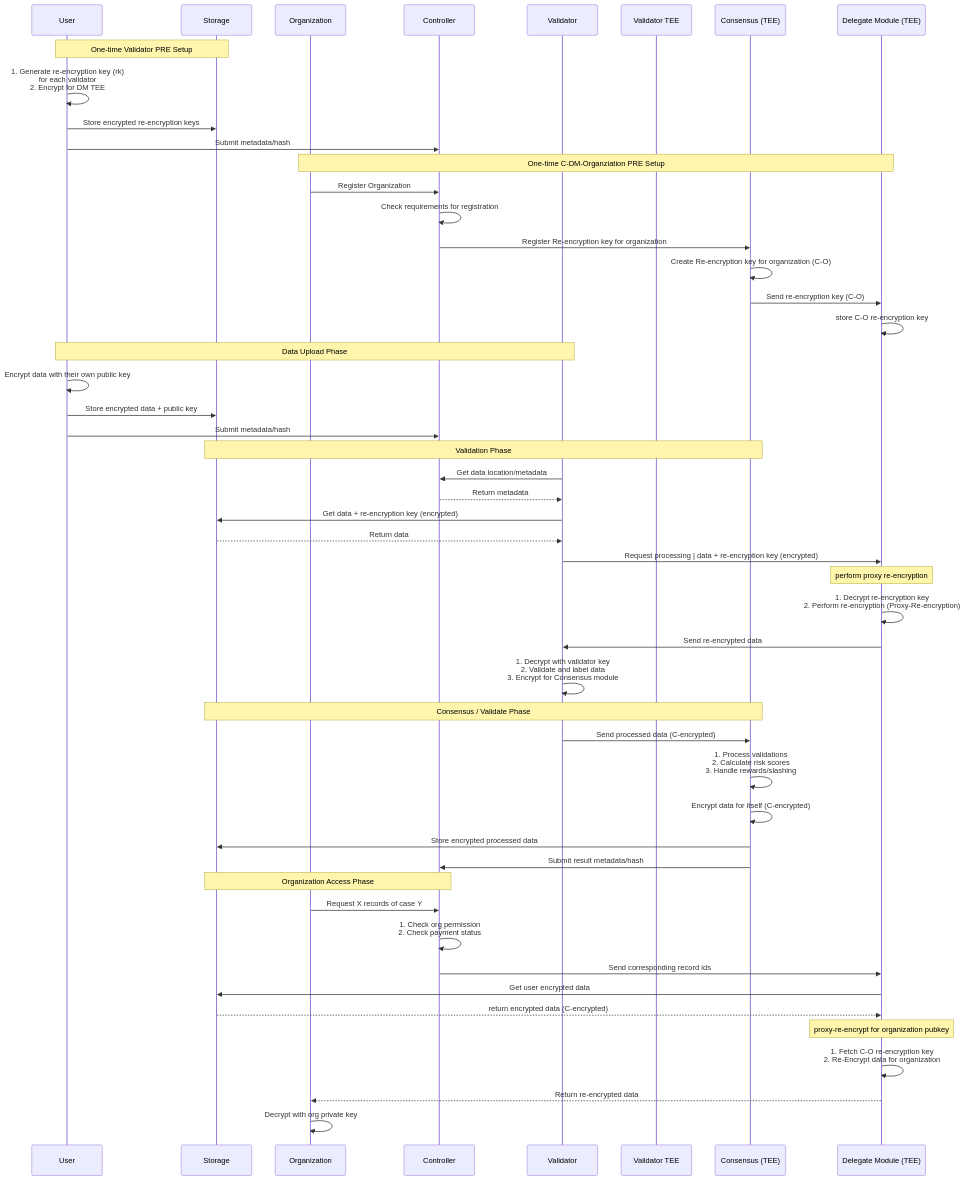
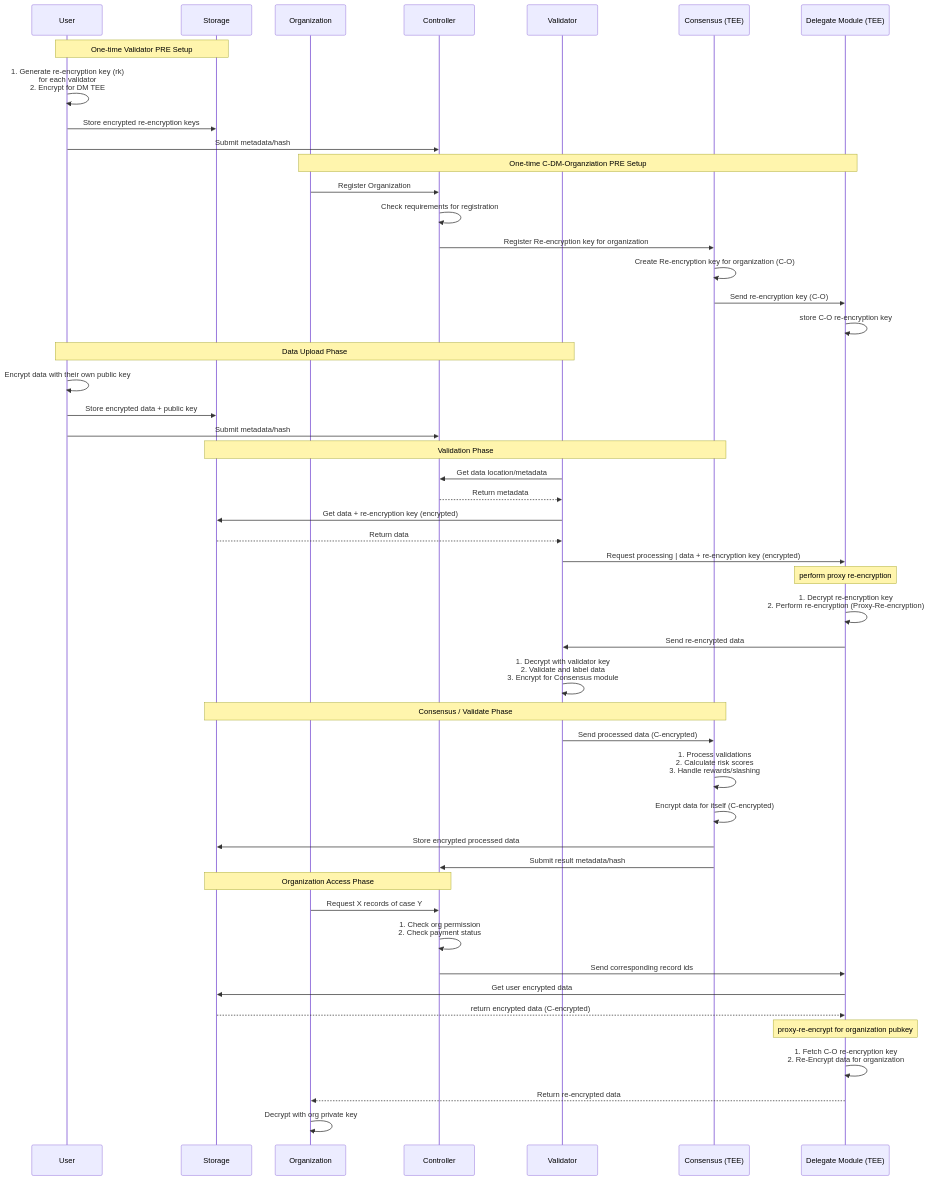
The diagram in docs/flow/system-flow.md (kien-genetica/secure-genom), drawn with Mermaid before and after one commit.

Commit message:
chore: system flow remove validator tee

````diff
--- a/docs/flow/system-flow.md
+++ b/docs/flow/system-flow.md
@@ -1,70 +1,69 @@
 ```mermaid
 sequenceDiagram
     participant U as User
     participant S as Storage
     participant O as Organization
     participant G as Controller
     participant V as Validator
-    participant VT as Validator TEE
     participant C as Consensus (TEE)
     participant DM as Delegate Module (TEE)
 
 
 
     %% One-time User Validator Setup
     Note over U,S: One-time Validator PRE Setup
     U->>U: 1. Generate re-encryption key (rk)<br/>for each validator <br/> 2. Encrypt for DM TEE
     U->>S: Store encrypted re-encryption keys
     U->>G: Submit metadata/hash
 
     %% One-time C-DM-Organziation PRE Setup
     Note over O,DM: One-time C-DM-Organziation PRE Setup
     O->>G: Register Organization
     G->>G: Check requirements for registration
     G->>C: Register Re-encryption key for organization
     C->>C: Create Re-encryption key for organization (C-O)
     C->>DM: Send re-encryption key (C-O)
     DM->>DM: store C-O re-encryption key
 
 
     %% Data Upload with PRE
     Note over U,V: Data Upload Phase
     U->>U: Encrypt data with their own public key
     U->>S: Store encrypted data + public key
     U->>G: Submit metadata/hash
 
     %% Validator Processing
     Note over S,C: Validation Phase
     V->>G: Get data location/metadata
     G-->>V: Return metadata
     V->>S: Get data + re-encryption key (encrypted)
     S-->>V: Return data
 
     V->>DM: Request processing | data + re-encryption key (encrypted)
     Note over DM: perform proxy re-encryption
     DM->>DM: 1. Decrypt re-encryption key<br/>2. Perform re-encryption (Proxy-Re-encryption)
     DM->>V: Send re-encrypted data
 
     V->>V: 1. Decrypt with validator key<br/>2. Validate and label data <br/> 3. Encrypt for Consensus module
 
     %% Consensus Phase
     Note over C,S: Consensus / Validate Phase
     V->>C: Send processed data (C-encrypted)
     C->>C: 1. Process validations<br/>2. Calculate risk scores<br/>3. Handle rewards/slashing
     C->>C: Encrypt data for itself (C-encrypted)
     C->>S: Store encrypted processed data
     C->>G: Submit result metadata/hash
 
     %% Organization Access
     Note over S,G: Organization Access Phase
     O->>G: Request X records of case Y
     G->>G: 1. Check org permission <br/> 2. Check payment status
     G->>DM: Send corresponding record ids
     DM->>S: Get user encrypted data
     S-->>DM: return encrypted data (C-encrypted)
 
     Note over DM: proxy-re-encrypt for organization pubkey
     DM->>DM: 1. Fetch C-O re-encryption key <br/> 2. Re-Encrypt data for organization
     DM-->>O: Return re-encrypted data
     O->>O: Decrypt with org private key
 ```
````
